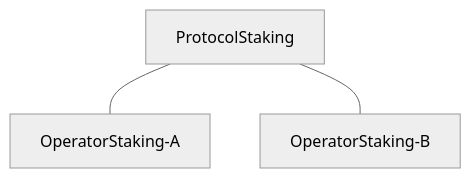
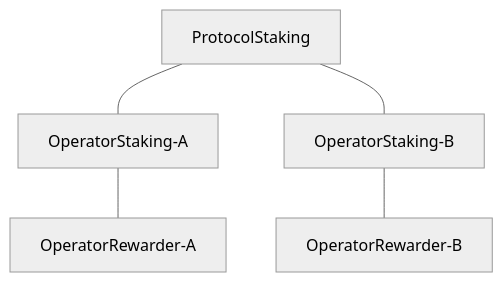
Before and after one commit to zama-ai/protocol-apps: the first of 5 diagrams in docs/staking.md, drawn with Mermaid (neutral theme). The commit also changed other lines of this file, not shown here.

First line of the commit message:
docs: staking docs improvement for operators (#53)

````diff
--- a/docs/staking.md
+++ b/docs/staking.md
@@ -24,5 +38,5 @@
 ```mermaid
 flowchart TB
-    ProtocolStaking --- OperatorStaking-A
-    ProtocolStaking --- OperatorStaking-B
+    ProtocolStaking --- OperatorStaking-A --- OperatorRewarder-A
+    ProtocolStaking --- OperatorStaking-B --- OperatorRewarder-B
 ```
````
